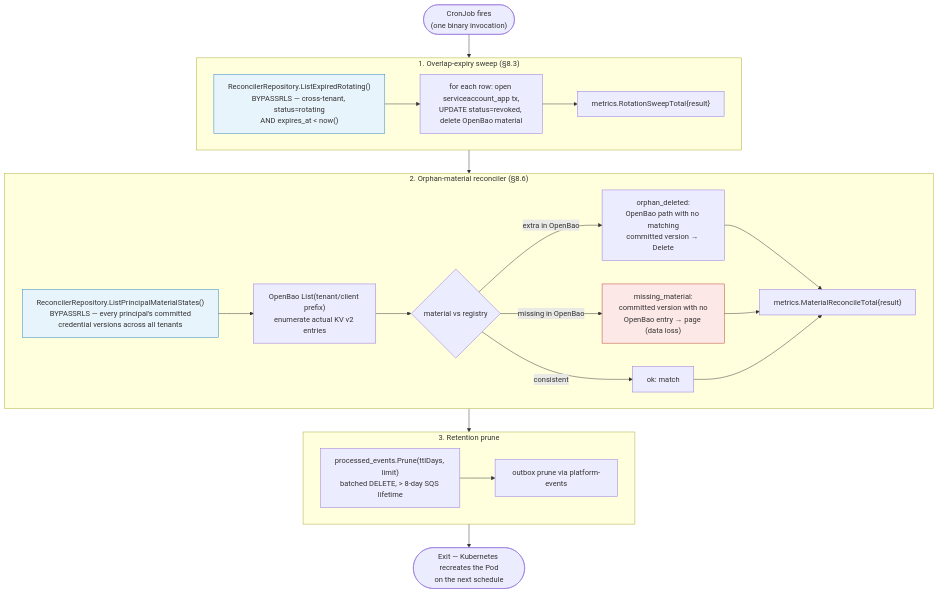
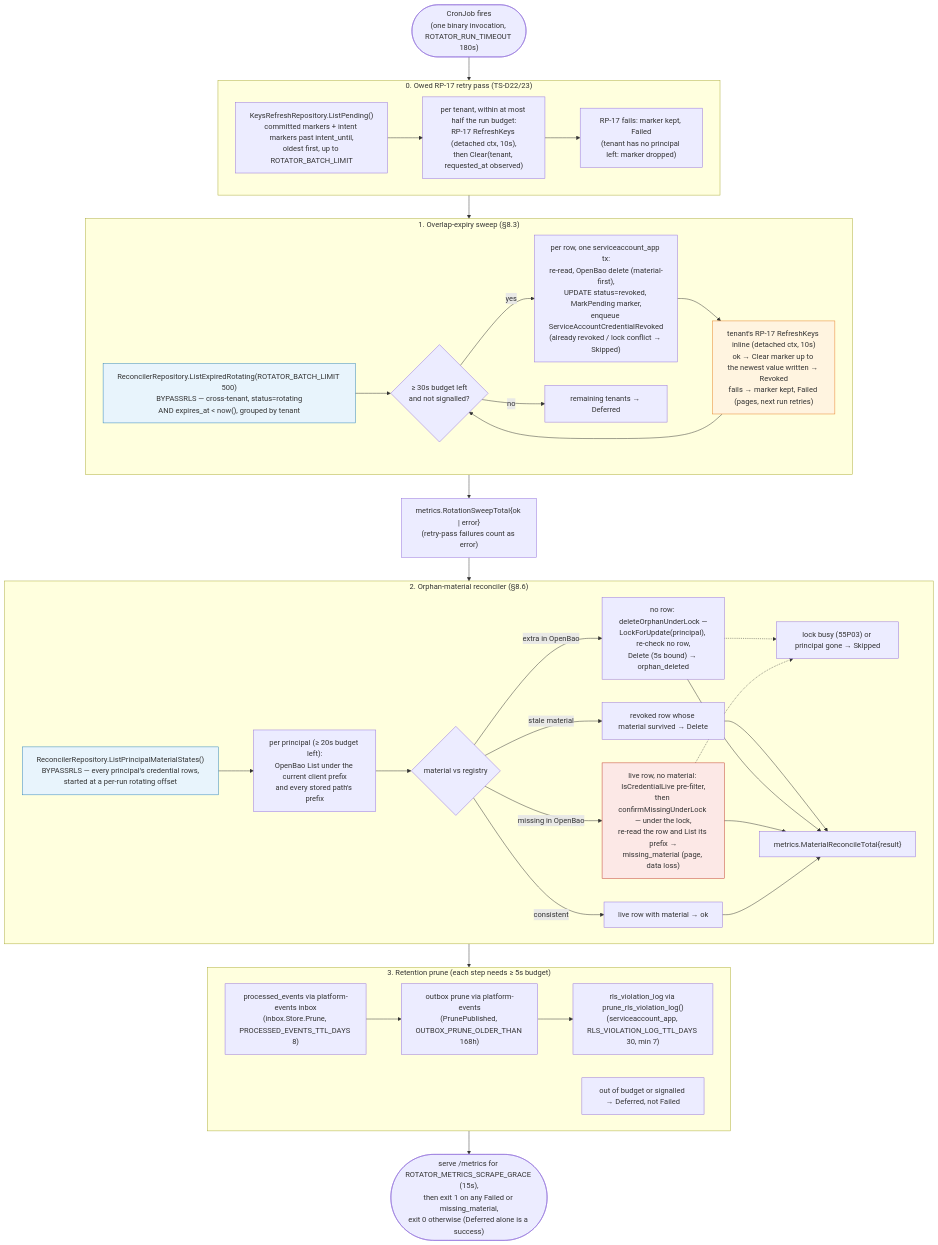
The seventh of 13 diagrams in ARCHITECTURE.md (BCBP-SOLUTIONS-FZC-LLC/iam-token-service), drawn with Mermaid before and after one commit. The commit also changed other lines of this file and 234 other files, not shown here.

````diff
--- a/ARCHITECTURE.md
+++ b/ARCHITECTURE.md
@@ -479,42 +590,64 @@
 ```mermaid
 flowchart TD
-    START(["CronJob fires<br/>(one binary invocation)"])
-    START --> SWEEP
+    START(["CronJob fires<br/>(one binary invocation, ROTATOR_RUN_TIMEOUT 180s)"])
+    START --> RETRY
+
+    subgraph RETRY["0. Owed RP-17 retry pass (TS-D22/23)"]
+        Q1["KeysRefreshRepository.ListPending()<br/>committed markers + intent markers past intent_until,<br/>oldest first, up to ROTATOR_BATCH_LIMIT"]
+        Q2["per tenant, within at most half the run budget:<br/>RP-17 RefreshKeys (detached ctx, 10s),<br/>then Clear(tenant, requested_at observed)"]
+        Q3["RP-17 fails: marker kept, Failed<br/>(tenant has no principal left: marker dropped)"]
+        Q1 --> Q2 --> Q3
+    end
+
+    RETRY --> SWEEP
 
     subgraph SWEEP["1. Overlap-expiry sweep (§8.3)"]
-        S1["ReconcilerRepository.ListExpiredRotating()<br/>BYPASSRLS — cross-tenant, status=rotating<br/>AND expires_at < now()"]
-        S2["for each row: open serviceaccount_app tx,<br/>UPDATE status=revoked, delete OpenBao material"]
-        S3["metrics.RotationSweepTotal{result}"]
-        S1 --> S2 --> S3
+        S1["ReconcilerRepository.ListExpiredRotating(ROTATOR_BATCH_LIMIT 500)<br/>BYPASSRLS — cross-tenant, status=rotating<br/>AND expires_at < now(), grouped by tenant"]
+        S2{"≥ 30s budget left<br/>and not signalled?"}
+        S3["per row, one serviceaccount_app tx:<br/>re-read, OpenBao delete (material-first),<br/>UPDATE status=revoked, MarkPending marker,<br/>enqueue ServiceAccountCredentialRevoked<br/>(already revoked / lock conflict → Skipped)"]
+        S4["tenant's RP-17 RefreshKeys inline (detached ctx, 10s)<br/>ok → Clear marker up to the newest value written → Revoked<br/>fails → marker kept, Failed (pages, next run retries)"]
+        S5["remaining tenants → Deferred"]
+        S1 --> S2
+        S2 -->|yes| S3 --> S4 --> S2
+        S2 -->|no| S5
     end
 
-    SWEEP --> RECON
+    SWEEP --> METRIC["metrics.RotationSweepTotal{ok | error}<br/>(retry-pass failures count as error)"]
+    METRIC --> RECON
 
     subgraph RECON["2. Orphan-material reconciler (§8.6)"]
-        R1["ReconcilerRepository.ListPrincipalMaterialStates()<br/>BYPASSRLS — every principal's committed<br/>credential versions across all tenants"]
-        R2["OpenBao List(tenant/client prefix)<br/>enumerate actual KV v2 entries"]
+        R1["ReconcilerRepository.ListPrincipalMaterialStates()<br/>BYPASSRLS — every principal's credential rows,<br/>started at a per-run rotating offset"]
+        R2["per principal (≥ 20s budget left):<br/>OpenBao List under the current client prefix<br/>and every stored path's prefix"]
         R3{"material vs registry"}
-        R4["orphan_deleted:<br/>OpenBao path with no matching<br/>committed version → Delete"]
-        R5["missing_material:<br/>committed version with no<br/>OpenBao entry → page (data loss)"]
-        R6["ok: match"]
+        R4["revoked row whose material survived → Delete"]
+        R5["no row: deleteOrphanUnderLock —<br/>LockForUpdate(principal), re-check no row,<br/>Delete (5s bound) → orphan_deleted"]
+        R6["live row, no material: IsCredentialLive pre-filter,<br/>then confirmMissingUnderLock — under the lock,<br/>re-read the row and List its prefix →<br/>missing_material (page, data loss)"]
+        R7["live row with material → ok"]
+        R8["lock busy (55P03) or principal gone → Skipped"]
         R1 --> R2 --> R3
-        R3 -->|extra in OpenBao| R4
-        R3 -->|missing in OpenBao| R5
-        R3 -->|consistent| R6
-        R4 & R5 & R6 --> R7["metrics.MaterialReconcileTotal{result}"]
+        R3 -->|stale material| R4
+        R3 -->|extra in OpenBao| R5
+        R3 -->|missing in OpenBao| R6
+        R3 -->|consistent| R7
+        R5 -.-> R8
+        R6 -.-> R8
+        R4 & R5 & R6 & R7 --> R9["metrics.MaterialReconcileTotal{result}"]
     end
 
     RECON --> PRUNE
 
-    subgraph PRUNE["3. Retention prune"]
-        P1["processed_events.Prune(ttlDays, limit)<br/>batched DELETE, > 8-day SQS lifetime"]
-        P2["outbox prune via platform-events"]
-        P1 --> P2
+    subgraph PRUNE["3. Retention prune (each step needs ≥ 5s budget)"]
+        P1["processed_events via platform-events inbox<br/>(inbox.Store.Prune, PROCESSED_EVENTS_TTL_DAYS 8)"]
+        P2["outbox prune via platform-events<br/>(PrunePublished, OUTBOX_PRUNE_OLDER_THAN 168h)"]
+        P3["rls_violation_log via prune_rls_violation_log()<br/>(serviceaccount_app, RLS_VIOLATION_LOG_TTL_DAYS 30, min 7)"]
+        P1 --> P2 --> P3
+        P4["out of budget or signalled → Deferred, not Failed"]
     end
 
-    PRUNE --> DONE(["Exit — Kubernetes recreates the Pod<br/>on the next schedule"])
+    PRUNE --> DONE(["serve /metrics for ROTATOR_METRICS_SCRAPE_GRACE (15s),<br/>then exit 1 on any Failed or missing_material,<br/>exit 0 otherwise (Deferred alone is a success)"])
 
     style S1 fill:#e8f4fc,stroke:#2980b9
     style R1 fill:#e8f4fc,stroke:#2980b9
-    style R5 fill:#fce8e6,stroke:#c0392b
+    style R6 fill:#fce8e6,stroke:#c0392b
+    style S4 fill:#fff4e0,stroke:#e67e22
 ```
````
